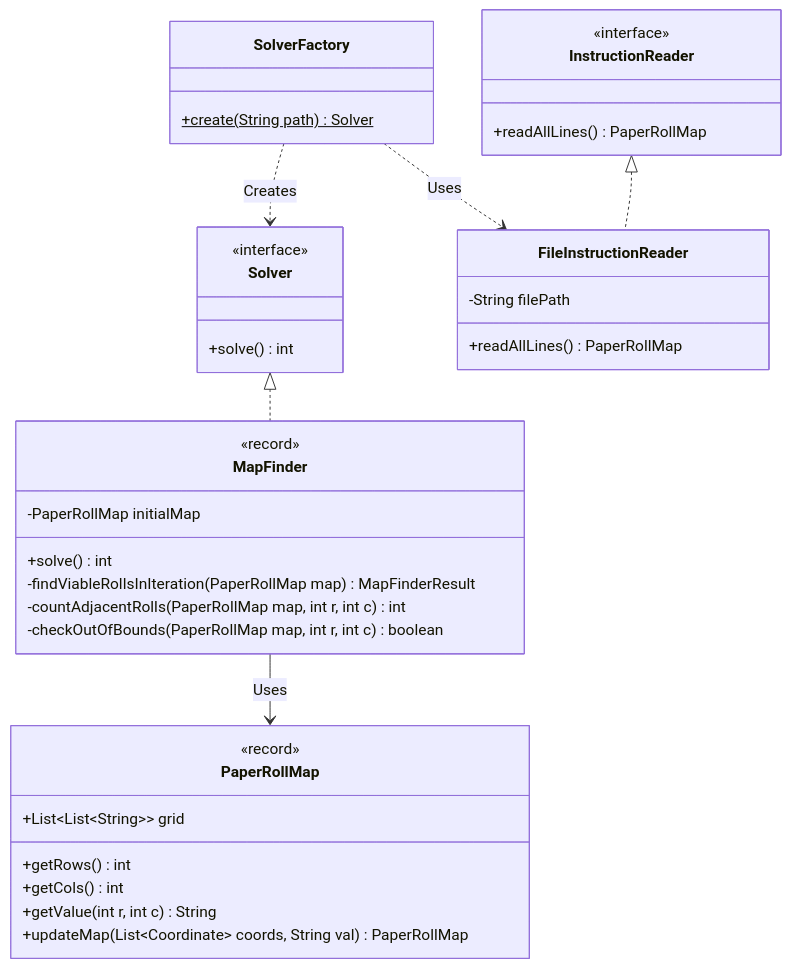
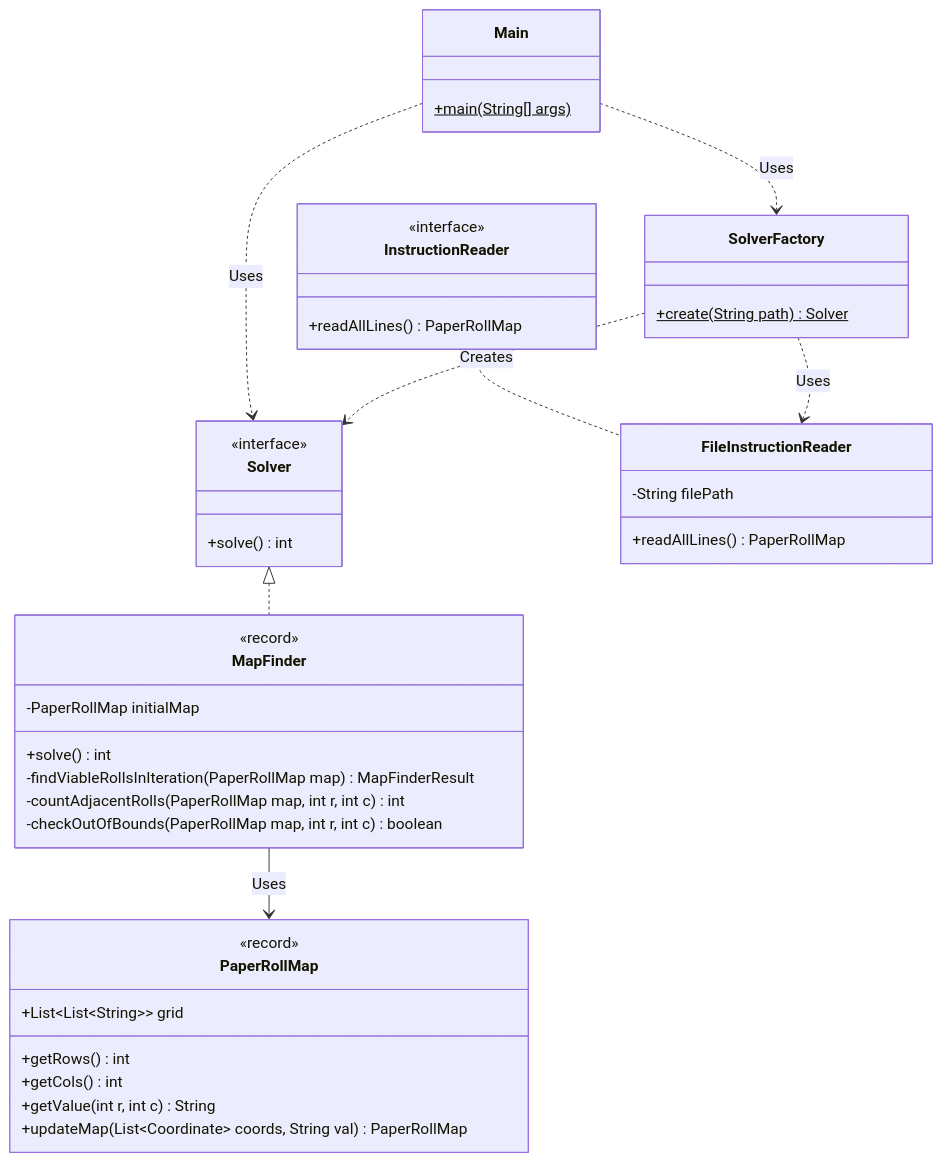
The second of 2 diagrams in README.md (Carlossr2401/AdventOfCode4-2025), drawn with Mermaid before and after one commit. The commit also changed other lines of this file, not shown here.

Commit message:
Main added to the diagrams

````diff
--- a/README.md
+++ b/README.md
@@ -70,40 +75,45 @@
 ```mermaid
 classDiagram
+    class MainB["Main"] {
+        +main(String[] args)$
+    }
     class SolverB["Solver"] {
         <<interface>>
         +solve() int
     }
     class InstructionReaderB["InstructionReader"] {
         <<interface>>
         +readAllLines() PaperRollMap
     }
     class FileInstructionReaderB["FileInstructionReader"] {
         -String filePath
         +readAllLines() PaperRollMap
     }
     class MapFinderB["MapFinder"] {
         <<record>>
         -PaperRollMap initialMap
         +solve() int
         -findViableRollsInIteration(PaperRollMap map) MapFinderResult
         -countAdjacentRolls(PaperRollMap map, int r, int c) int
         -checkOutOfBounds(PaperRollMap map, int r, int c) boolean
     }
     class SolverFactoryB["SolverFactory"] {
         +create(String path)$ Solver
     }
     class PaperRollMapB["PaperRollMap"] {
         <<record>>
         +List~List~String~~ grid
         +getRows() int
         +getCols() int
         +getValue(int r, int c) String
         +updateMap(List~Coordinate~ coords, String val) PaperRollMap
     }
 
+    MainB ..> SolverFactoryB : Uses
+    MainB ..> SolverB : Uses
     SolverB <|.. MapFinderB
     InstructionReaderB <|.. FileInstructionReaderB
     SolverFactoryB ..> SolverB : Creates
     SolverFactoryB ..> FileInstructionReaderB : Uses
     MapFinderB --> PaperRollMapB : Uses
 ```
````
